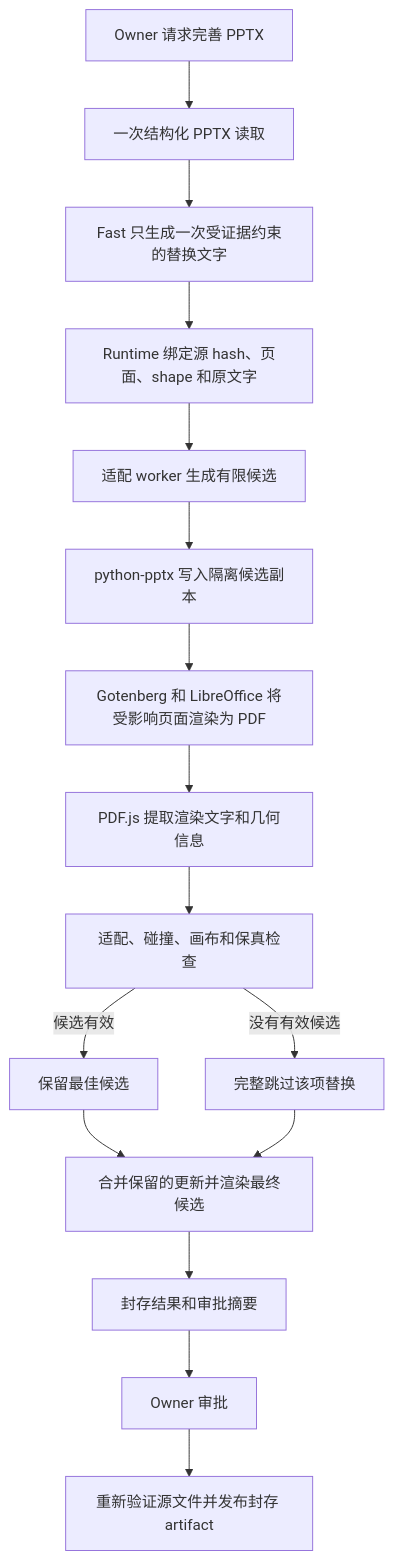
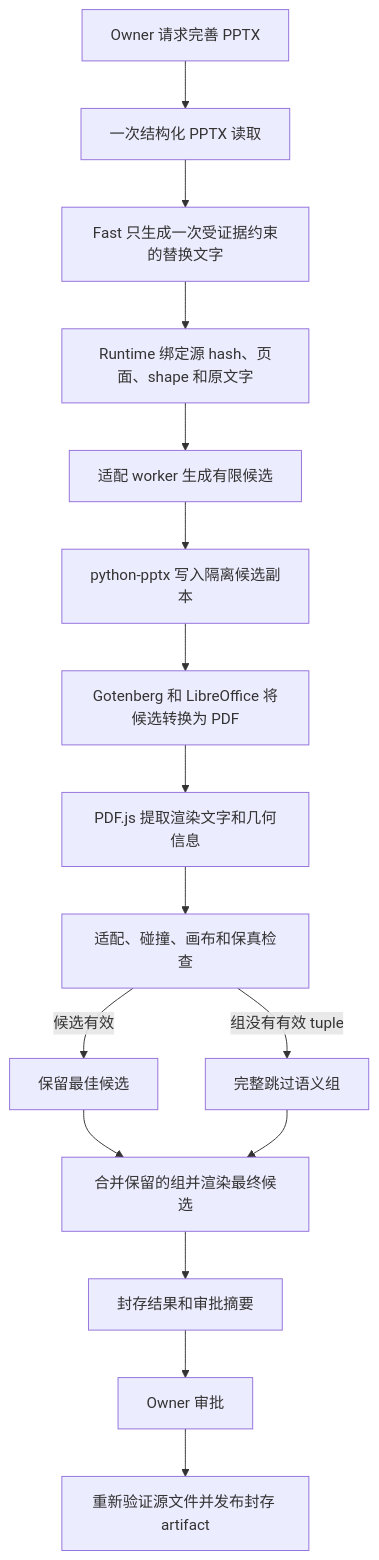
One commit to Infinimesh-ai/SparkClaw changed the diagram in zh-cn/docs/pptx-overlength-resilience-design.md. Above: the diagram before and after it, drawn with Mermaid. The commit also changed other lines of this file and 12 other files, not shown here.

````diff
--- a/zh-cn/docs/pptx-overlength-resilience-design.md
+++ b/zh-cn/docs/pptx-overlength-resilience-design.md
@@ -112,18 +124,18 @@
 ```mermaid
 flowchart TD
     A["Owner 请求完善 PPTX"] --> B["一次结构化 PPTX 读取"]
     B --> C["Fast 只生成一次受证据约束的替换文字"]
     C --> D["Runtime 绑定源 hash、页面、shape 和原文字"]
     D --> E["适配 worker 生成有限候选"]
     E --> F["python-pptx 写入隔离候选副本"]
-    F --> G["Gotenberg 和 LibreOffice 将受影响页面渲染为 PDF"]
+    F --> G["Gotenberg 和 LibreOffice 将候选转换为 PDF"]
     G --> H["PDF.js 提取渲染文字和几何信息"]
     H --> I["适配、碰撞、画布和保真检查"]
     I -->|"候选有效"| J["保留最佳候选"]
-    I -->|"没有有效候选"| K["完整跳过该项替换"]
-    J --> L["合并保留的更新并渲染最终候选"]
+    I -->|"组没有有效 tuple"| K["完整跳过语义组"]
+    J --> L["合并保留的组并渲染最终候选"]
     K --> L
     L --> M["封存结果和审批摘要"]
     M --> N["Owner 审批"]
     N --> O["重新验证源文件并发布封存 artifact"]
 ```
````
